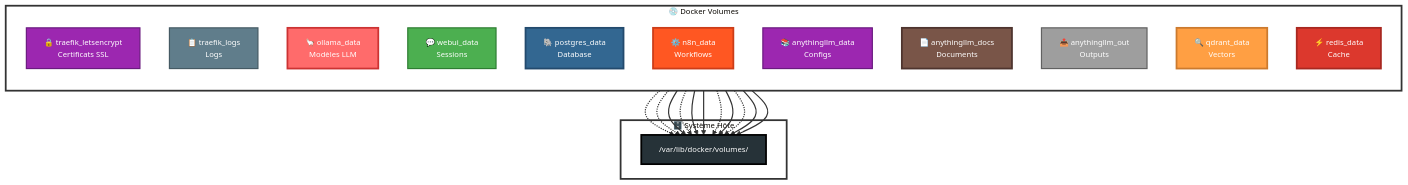
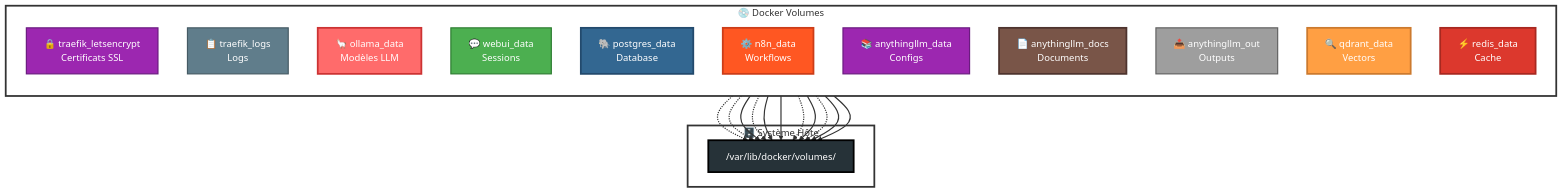
One commit to MPFabio/Stack-IA changed the sixth of 14 diagrams in docs/ARCHITECTURE.md. Above: the diagram before and after it, drawn with Mermaid. The commit also changed other lines of this file, not shown here.

````diff
--- a/docs/ARCHITECTURE.md
+++ b/docs/ARCHITECTURE.md
@@ -402,51 +418,51 @@
 ```mermaid
-%%{init: {'theme':'base', 'themeVariables': { 'fontSize':'13px'}}}%%
+%%{init: {'theme':'neutral'}}%%
 graph TB
     subgraph VOLUMES["💿 Docker Volumes"]
         direction TB
         V1["🔒 traefik_letsencrypt<br/>Certificats SSL"]
         V2["📋 traefik_logs<br/>Logs"]
         V3["🦙 ollama_data<br/>Modèles LLM"]
         V4["💬 webui_data<br/>Sessions"]
         V5["🐘 postgres_data<br/>Database"]
         V6["⚙️ n8n_data<br/>Workflows"]
         V7["📚 anythingllm_data<br/>Configs"]
         V8["📄 anythingllm_docs<br/>Documents"]
         V9["📤 anythingllm_out<br/>Outputs"]
         V10["🔍 qdrant_data<br/>Vectors"]
         V11["⚡ redis_data<br/>Cache"]
     end
     
     subgraph HOST["🗄️ Système Hôte"]
         PHYSICAL["/var/lib/docker/volumes/"]
     end
     
     V1 -.-> PHYSICAL
     V2 -.-> PHYSICAL
     V3 ==> PHYSICAL
     V4 -.-> PHYSICAL
     V5 ==> PHYSICAL
     V6 ==> PHYSICAL
     V7 -.-> PHYSICAL
     V8 ==> PHYSICAL
     V9 -.-> PHYSICAL
     V10 ==> PHYSICAL
     V11 ==> PHYSICAL
     
     style V1 fill:#9C27B0,stroke:#6a1b7f,stroke-width:2px,color:#fff
     style V2 fill:#607D8B,stroke:#455a64,stroke-width:2px,color:#fff
     style V3 fill:#ff6b6b,stroke:#cc3333,stroke-width:3px,color:#fff
     style V4 fill:#4CAF50,stroke:#2e7d32,stroke-width:2px,color:#fff
     style V5 fill:#336791,stroke:#234a6d,stroke-width:3px,color:#fff
     style V6 fill:#FF5722,stroke:#cc3d18,stroke-width:3px,color:#fff
     style V7 fill:#9C27B0,stroke:#6a1b7f,stroke-width:2px,color:#fff
     style V8 fill:#795548,stroke:#4e342e,stroke-width:3px,color:#fff
     style V9 fill:#9E9E9E,stroke:#616161,stroke-width:2px,color:#fff
     style V10 fill:#ff9f43,stroke:#cc7a2e,stroke-width:3px,color:#fff
     style V11 fill:#dc382d,stroke:#a82820,stroke-width:3px,color:#fff
     style PHYSICAL fill:#263238,stroke:#000,stroke-width:3px,color:#fff
     style VOLUMES fill:#ffffff,stroke:#333,stroke-width:3px
     style HOST fill:#ffffff,stroke:#333,stroke-width:3px
     
     linkStyle default stroke:#333,stroke-width:2px
 ```
````
